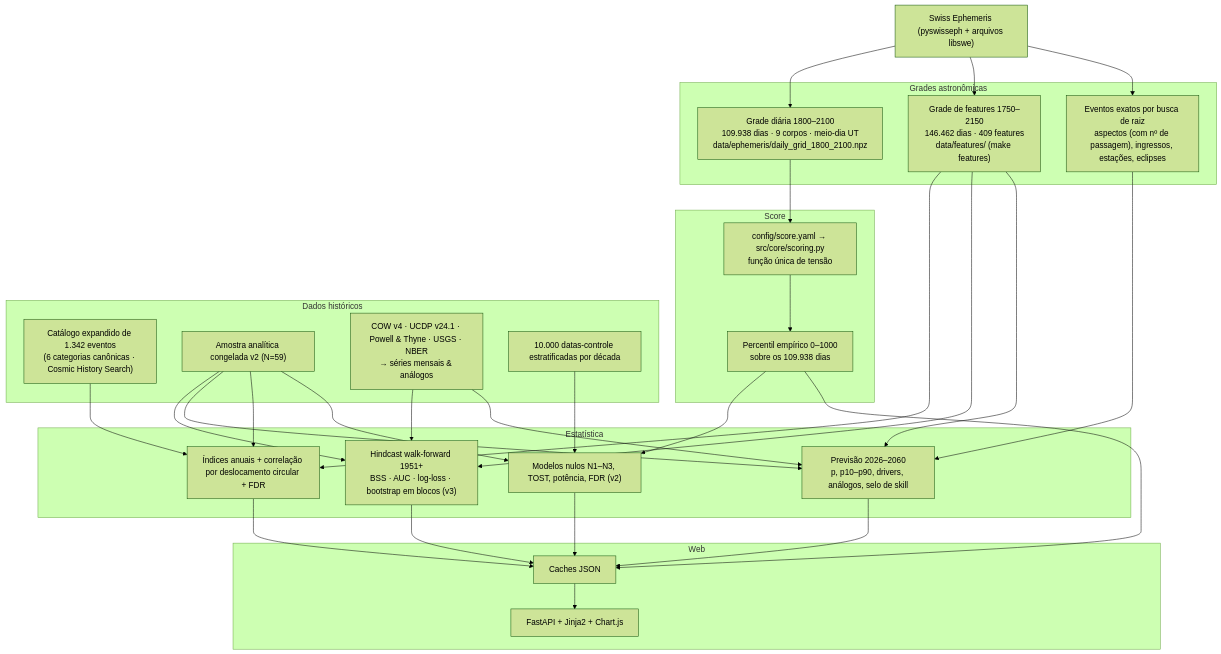
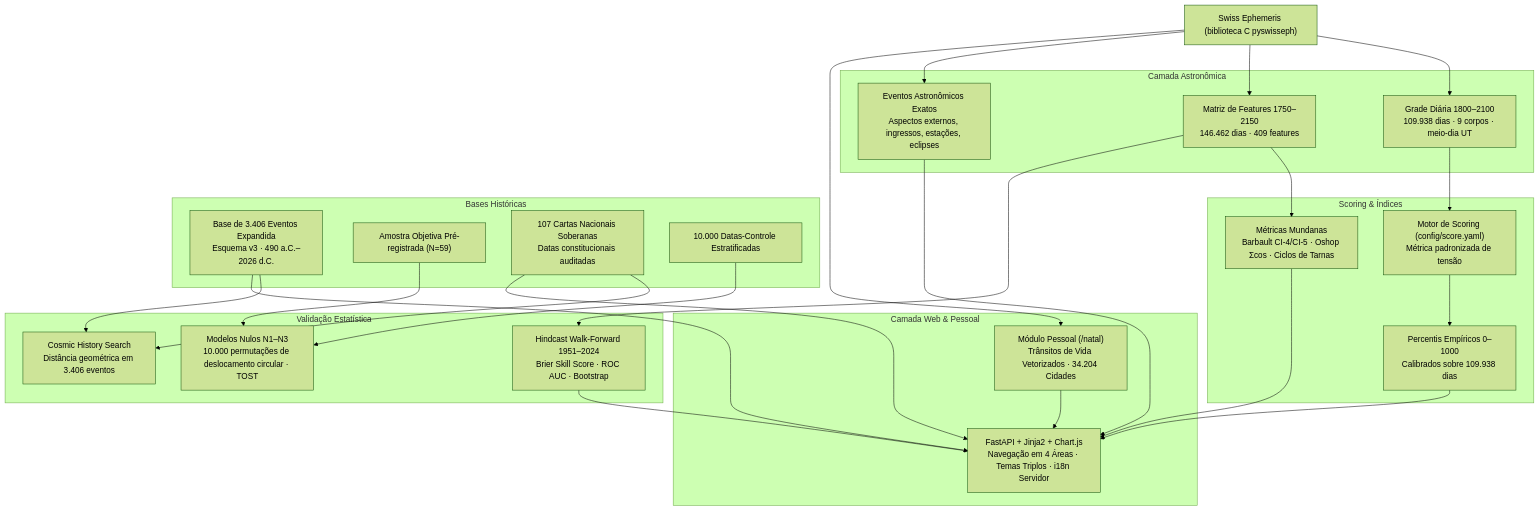
The diagram in README_PT.md (marceloasl99/astro-history), drawn with Mermaid (forest theme) before and after one commit. The commit also changed other lines of this file and 2 other files, not shown here.

Commit message:
docs: release v6.0.0 documentation (README and README_PT) with 122 tests badge and v6 architecture

````diff
--- a/README_PT.md
+++ b/README_PT.md
@@ -92,43 +114,42 @@
 ```mermaid
 flowchart TD
-    SWE["Swiss Ephemeris (pyswisseph + arquivos libswe)"]
+    SWE["Swiss Ephemeris (biblioteca C pyswisseph)"]
 
-    subgraph "Grades astronômicas"
-        GRID["Grade diária 1800–2100<br/>109.938 dias · 9 corpos · meio-dia UT<br/>data/ephemeris/daily_grid_1800_2100.npz"]
-        FEAT["Grade de features 1750–2150<br/>146.462 dias · 409 features<br/>data/features/ (make features)"]
-        EXACT["Eventos exatos por busca de raiz<br/>aspectos (com nº de passagem), ingressos, estações, eclipses"]
+    subgraph "Camada Astronômica"
+        GRID["Grade Diária 1800–2100<br/>109.938 dias · 9 corpos · meio-dia UT"]
+        FEAT["Matriz de Features 1750–2150<br/>146.462 dias · 409 features"]
+        EXACT["Eventos Astronômicos Exatos<br/>Aspectos externos, ingressos, estações, eclipses"]
     end
 
-    subgraph "Score"
-        SCORE["config/score.yaml → src/core/scoring.py<br/>função única de tensão"]
-        PCT["Percentil empírico 0–1000<br/>sobre os 109.938 dias"]
+    subgraph "Scoring & Índices"
+        SCORE["Motor de Scoring (config/score.yaml)<br/>Métrica padronizada de tensão"]
+        PCT["Percentis Empíricos 0–1000<br/>Calibrados sobre 109.938 dias"]
+        MUNDANE["Métricas Mundanas<br/>Barbault CI-4/CI-5 · Oshop Σcos · Ciclos de Tarnas"]
     end
 
-    subgraph "Dados históricos"
-        CAT["Catálogo expandido de 1.342 eventos<br/>(6 categorias canônicas · Cosmic History Search)"]
-        V2["Amostra analítica congelada v2 (N=59)"]
-        EXT["COW v4 · UCDP v24.1 · Powell & Thyne · USGS · NBER<br/>→ séries mensais & análogos"]
-        CTRL["10.000 datas-controle estratificadas por década"]
+    subgraph "Bases Históricas"
+        CAT["Base de 3.406 Eventos Expandida<br/>Esquema v3 · 490 a.C.–2026 d.C."]
+        V2["Amostra Objetiva Pré-registrada (N=59)"]
+        NAT["107 Cartas Nacionais Soberanas<br/>Datas constitucionais auditadas"]
+        CTRL["10.000 Datas-Controle Estratificadas"]
     end
 
-    subgraph "Estatística"
-        NULL["Modelos nulos N1–N3, TOST, potência, FDR (v2)"]
-        HIND["Hindcast walk-forward 1951+<br/>BSS · AUC · log-loss · bootstrap em blocos (v3)"]
-        ANN["Índices anuais + correlação por deslocamento circular + FDR"]
-        FC["Previsão 2026–2060<br/>p, p10–p90, drivers, análogos, selo de skill"]
+    subgraph "Validação Estatística"
+        NULL["Modelos Nulos N1–N3<br/>10.000 permutações de deslocamento circular · TOST"]
+        HIND["Hindcast Walk-Forward 1951–2024<br/>Brier Skill Score · ROC AUC · Bootstrap"]
+        ANALOG["Cosmic History Search<br/>Distância geométrica em 3.406 eventos"]
     end
 
-    subgraph "Web"
-        CACHE["Caches JSON"]
-        APP["FastAPI + Jinja2 + Chart.js"]
+    subgraph "Camada Web & Pessoal"
+        APP["FastAPI + Jinja2 + Chart.js<br/>Navegação em 4 Áreas · Temas Triplos · i18n Servidor"]
+        NATAL["Módulo Pessoal (/natal)<br/>Trânsitos de Vida Vetorizados · 34.204 Cidades"]
     end
 
     SWE --> GRID & FEAT & EXACT
     GRID --> SCORE --> PCT
-    FEAT --> ANN & HIND & FC
-    EXACT --> FC
-    V2 & EXT --> HIND & FC
-    V2 & CAT --> ANN
-    V2 & CTRL & PCT --> NULL
-    NULL & HIND & ANN & FC & PCT --> CACHE --> APP
+    FEAT --> MUNDANE & HIND
+    CAT & NAT --> ANALOG & APP
+    V2 & CTRL --> NULL
+    PCT & EXACT & HIND & MUNDANE --> APP
+    SWE --> NATAL --> APP
 ```
````
